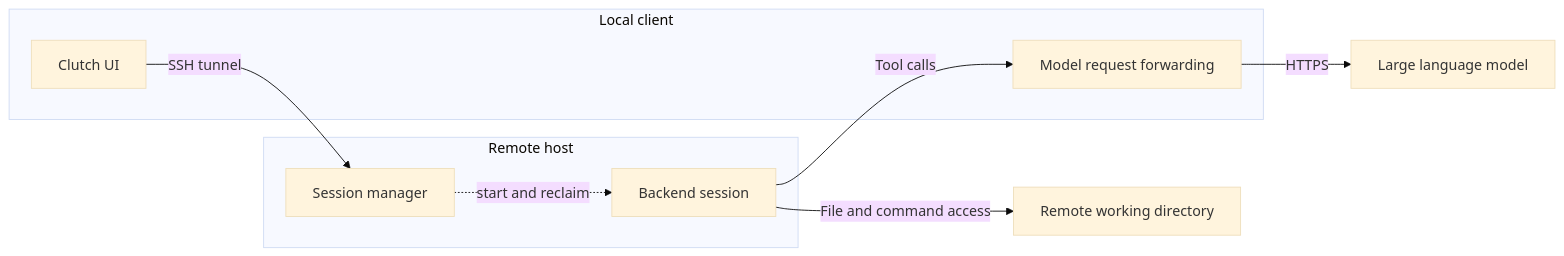
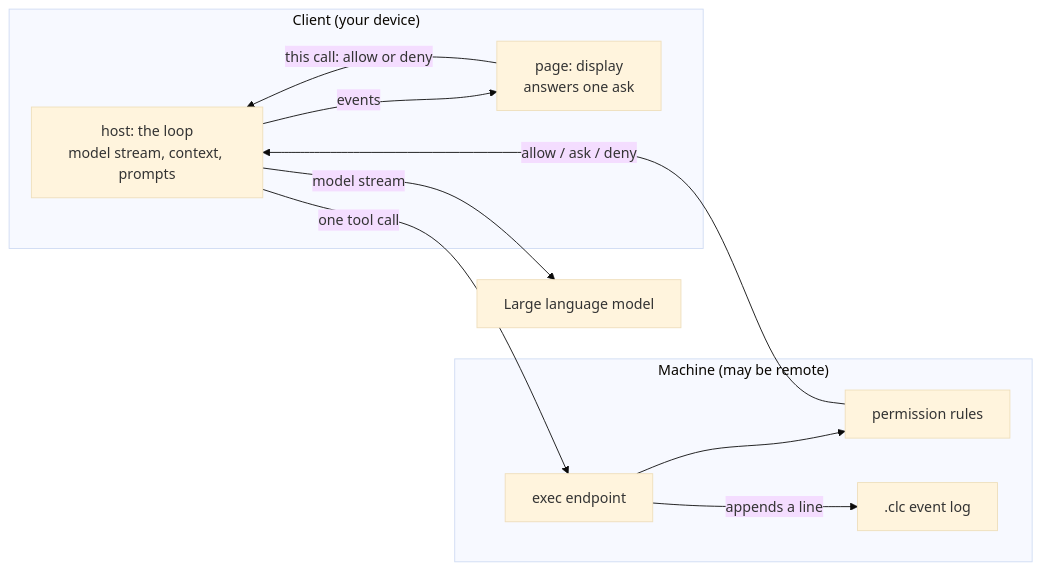
The diagram in README.md (Ethereal1024/Clutch), drawn with Mermaid (base theme) before and after one commit. The commit also changed other lines of this file and 149 other files, not shown here.

````diff
--- a/README.md
+++ b/README.md
@@ -163,16 +158,19 @@
 ```mermaid
 flowchart LR
-    subgraph local["Local client"]
-        UI["Clutch UI"]
-        PXY["Model request forwarding"]
+    subgraph client["Client (your device)"]
+        HOST["host: the loop<br/>model stream, context, prompts"]
+        PAGE["page: display<br/>answers one ask"]
     end
-    subgraph remote["Remote host"]
-        SUP["Session manager"]
-        AG["Backend session"]
+    subgraph machine["Machine (may be remote)"]
+        EXEC["exec endpoint"]
+        PERM["permission rules"]
+        CLC[".clc event log"]
     end
-    UI -- "SSH tunnel" --> SUP
-    SUP -. "start and reclaim" .-> AG
-    AG -- "Tool calls" --> PXY
-    PXY -- "HTTPS" --> LLM["Large language model"]
-    AG -- "File and command access" --> WS["Remote working directory"]
+    HOST -- "model stream" --> LLM["Large language model"]
+    HOST -- "one tool call" --> EXEC
+    EXEC --> PERM
+    PERM -- "allow / ask / deny" --> HOST
+    HOST -- "events" --> PAGE
+    PAGE -- "this call: allow or deny" --> HOST
+    EXEC -- "appends a line" --> CLC
 ```
````
